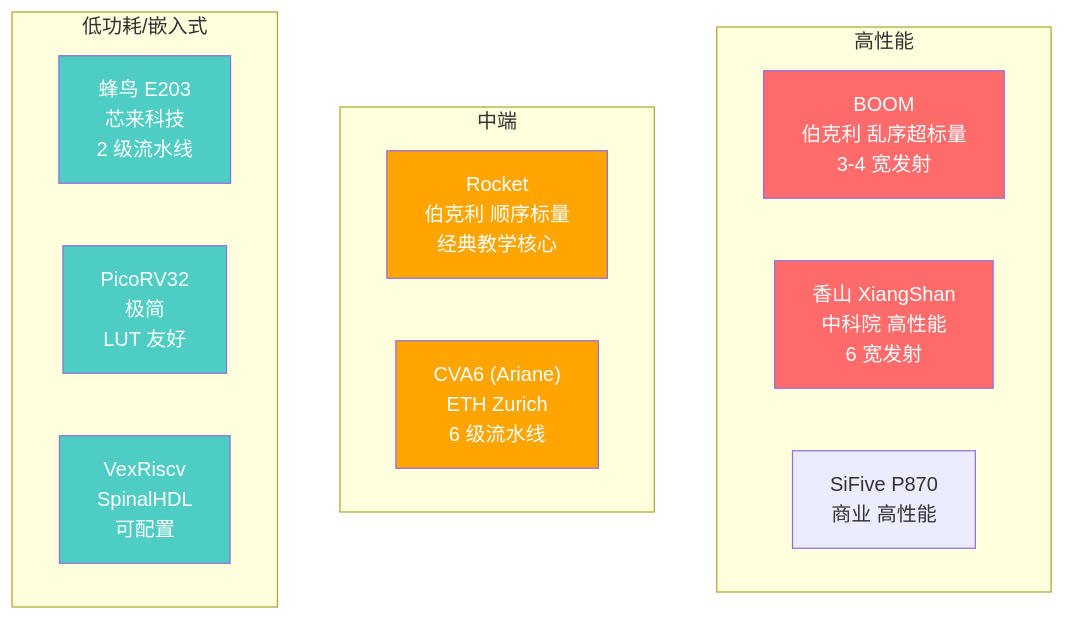
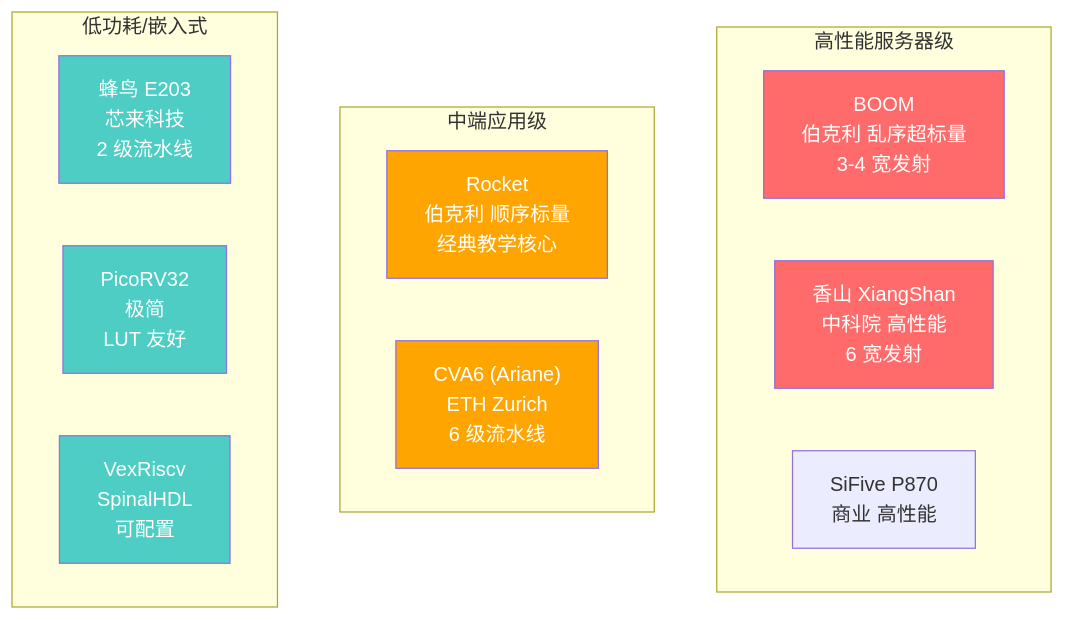
The first of 4 diagrams in riscv/04-microarchitecture/opensource-cores.md (swjtuer326/cs-learning-notes), drawn with Mermaid before and after one commit. The commit also changed other lines of this file and 21 other files, not shown here.

````diff
--- a/riscv/04-microarchitecture/opensource-cores.md
+++ b/riscv/04-microarchitecture/opensource-cores.md
@@ -9,27 +11,27 @@
 ```mermaid
 graph TB
-    subgraph 高性能
+    subgraph 高性能服务器级
         BOOM["BOOM<br/>伯克利 乱序超标量<br/>3-4 宽发射"]
         XS["香山 XiangShan<br/>中科院 高性能<br/>6 宽发射"]
         P870["SiFive P870<br/>商业 高性能"]
     end
 
-    subgraph 中端
+    subgraph 中端应用级
         ROCKET["Rocket<br/>伯克利 顺序标量<br/>经典教学核心"]
         CVA6["CVA6 (Ariane)<br/>ETH Zurich<br/>6 级流水线"]
     end
 
     subgraph 低功耗/嵌入式
         E203["蜂鸟 E203<br/>芯来科技<br/>2 级流水线"]
         PICO["PicoRV32<br/>极简<br/>LUT 友好"]
         VEXR["VexRiscv<br/>SpinalHDL<br/>可配置"]
     end
 
     style BOOM fill:#ff6b6b,color:#fff
     style XS fill:#ff6b6b,color:#fff
     style ROCKET fill:#ffa502,color:#fff
     style CVA6 fill:#ffa502,color:#fff
     style E203 fill:#4ecdc4,color:#fff
     style PICO fill:#4ecdc4,color:#fff
     style VEXR fill:#4ecdc4,color:#fff
 ```
````
